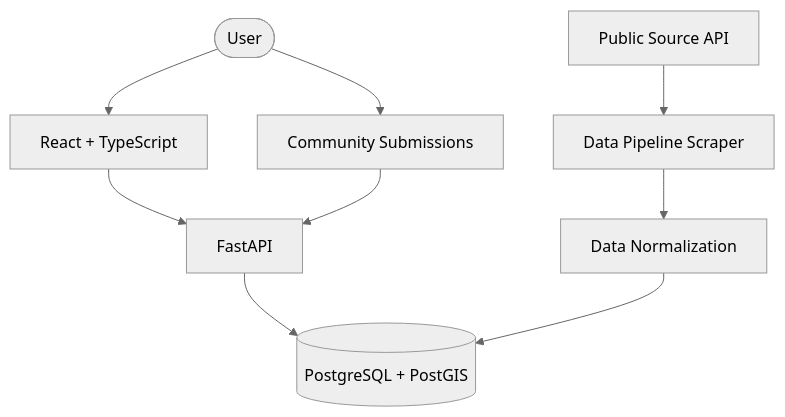
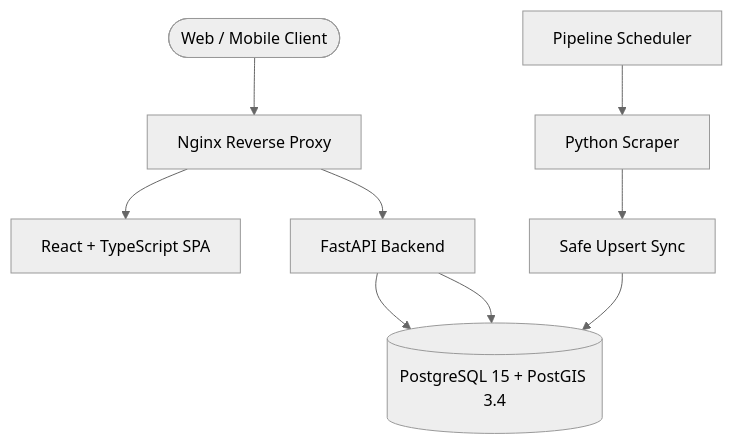
One commit to Ravikiran9988/Free-food-hyd changed the second of 3 diagrams in README.md. Above: the diagram before and after it, drawn with Mermaid (neutral theme). The commit also changed other lines of this file, not shown here.

Commit message:
docs: update README with live demo and current architecture

````diff
--- a/README.md
+++ b/README.md
@@ -20,13 +59,13 @@
 ```mermaid
-graph TD
-    User([User]) --> Frontend[React + TypeScript]
-    Frontend --> Backend[FastAPI]
-    Backend --> DB[(PostgreSQL + PostGIS)]
+flowchart TD
+    Client([Web / Mobile Client]) --> Nginx[Nginx Reverse Proxy]
+    Nginx --> Frontend[React + TypeScript SPA]
+    Nginx --> API[FastAPI Backend]
+    API --> DB[(PostgreSQL 15 + PostGIS 3.4)]
     
-    Source[Public Source API] --> Scraper[Data Pipeline Scraper]
-    Scraper --> Normalization[Data Normalization]
-    Normalization --> DB
+    Scheduler[Pipeline Scheduler] --> Scraper[Python Scraper]
+    Scraper --> Sync[Safe Upsert Sync]
+    Sync --> DB
     
-    User --> Community[Community Submissions]
-    Community --> Backend
+    API --> DB
 ```
````
